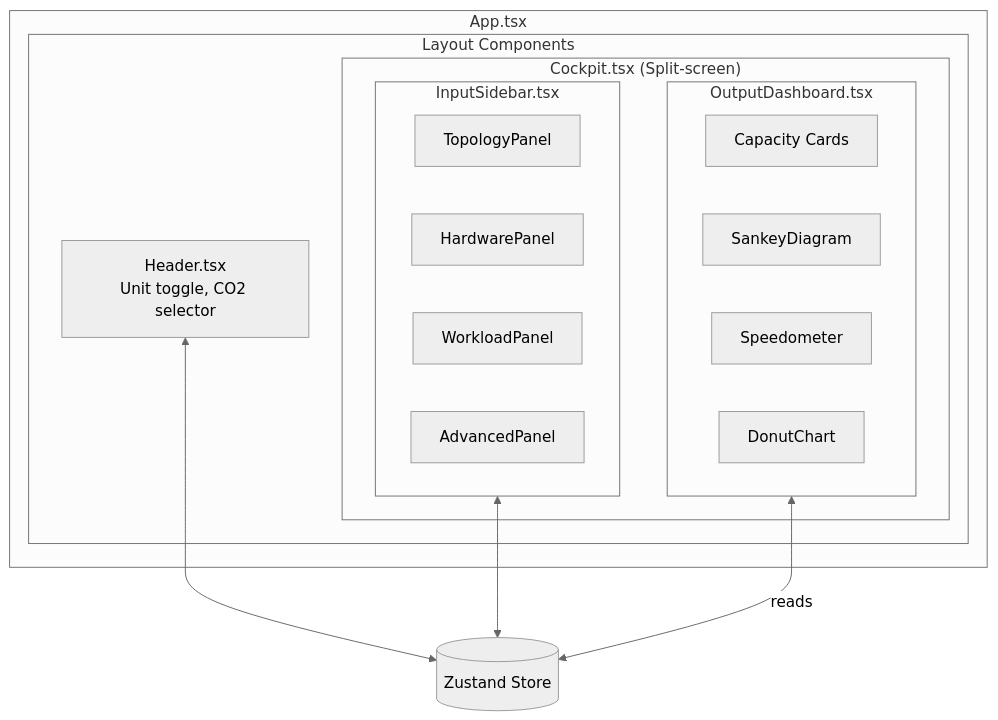
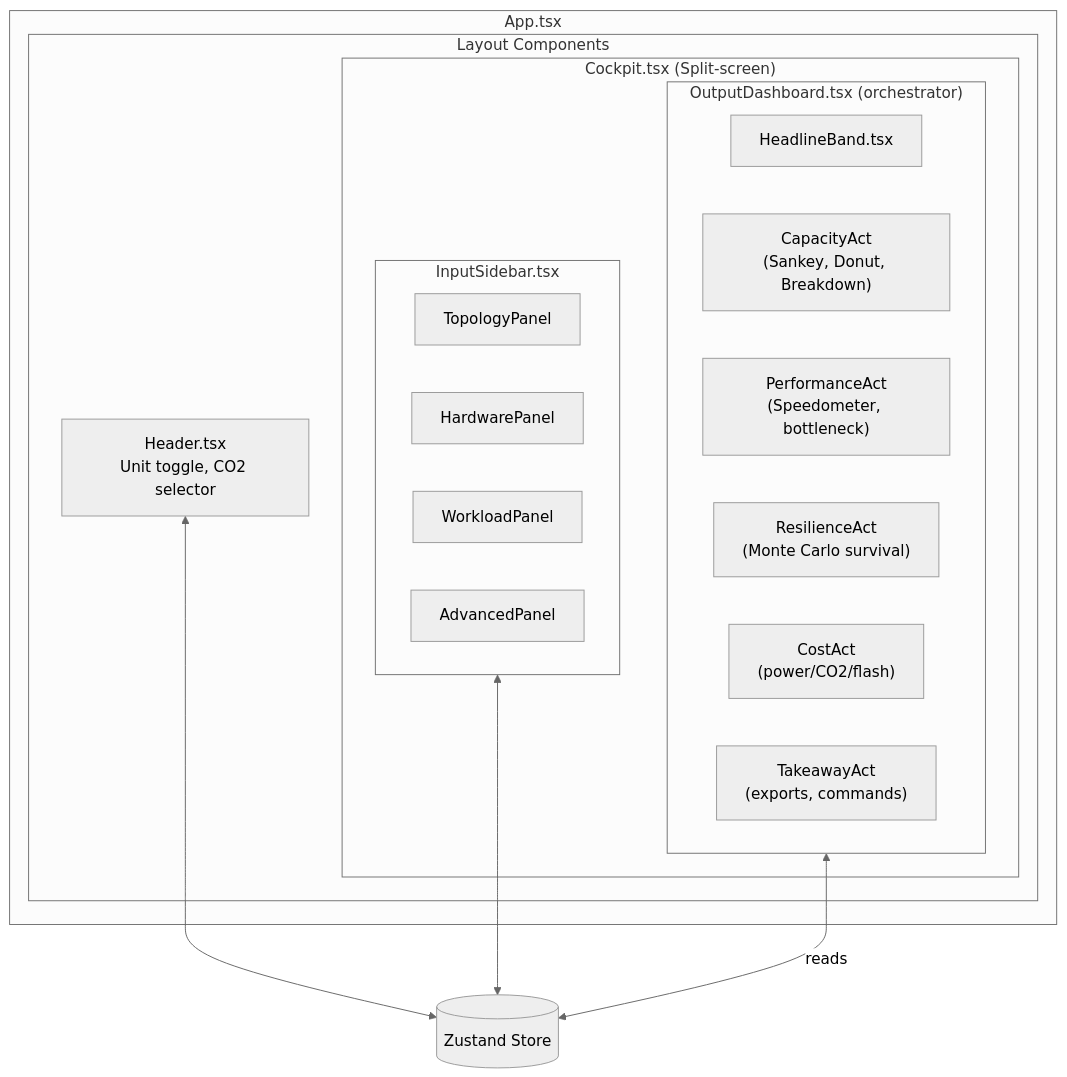
The third of 3 diagrams in docs/ARCHITECTURE.md (fjacquet/raidy), drawn with Mermaid (neutral theme) before and after one commit. The commit also changed other lines of this file and 2 other files, not shown here.

First line of the commit message:
docs: sync architecture/readme/changelog with narrative dashboard

````diff
--- a/docs/ARCHITECTURE.md
+++ b/docs/ARCHITECTURE.md
@@ -298,27 +311,29 @@
 ```mermaid
 flowchart TB
     subgraph App["App.tsx"]
         subgraph Layout["Layout Components"]
             Header["Header.tsx<br/>Unit toggle, CO2 selector"]
             subgraph Cockpit["Cockpit.tsx (Split-screen)"]
                 subgraph Left["InputSidebar.tsx"]
                     TopP["TopologyPanel"]
                     HardP["HardwarePanel"]
                     WorkP["WorkloadPanel"]
                     AdvP["AdvancedPanel"]
                 end
-                subgraph Right["OutputDashboard.tsx"]
-                    Cap["Capacity Cards"]
-                    San["SankeyDiagram"]
-                    Speed["Speedometer"]
-                    Donut["DonutChart"]
+                subgraph Right["OutputDashboard.tsx (orchestrator)"]
+                    HB["HeadlineBand.tsx"]
+                    CapAct["CapacityAct<br/>(Sankey, Donut, Breakdown)"]
+                    PerfAct["PerformanceAct<br/>(Speedometer, bottleneck)"]
+                    ResAct["ResilienceAct<br/>(Monte Carlo survival)"]
+                    CostAct["CostAct<br/>(power/CO2/flash)"]
+                    TakeAct["TakeawayAct<br/>(exports, commands)"]
                 end
             end
         end
     end
 
     Store[(Zustand Store)]
     Left <--> Store
     Right <-- reads --> Store
     Header <--> Store
 ```
````
